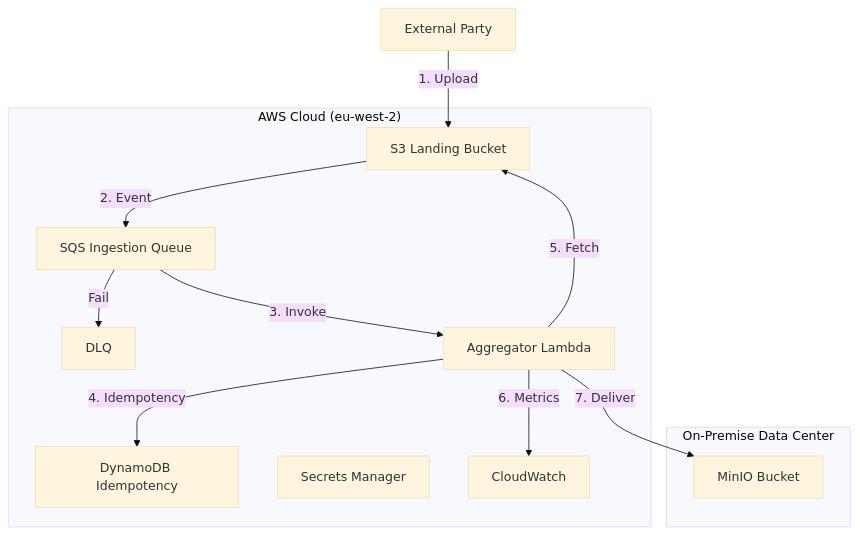
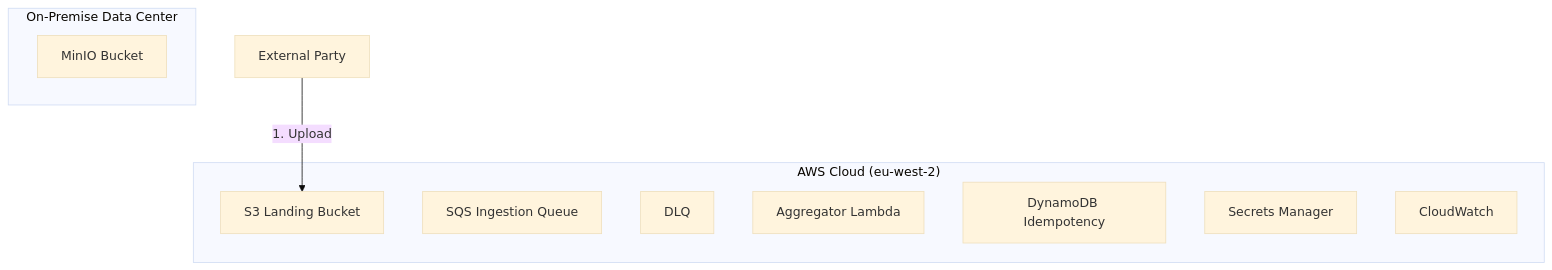
Before and after one commit to jathorp/data-agregator: the diagram in src/data_aggregator/README.md, drawn with Mermaid (base theme).

Commit message:
Added README for the lambda code

````diff
--- a/src/data_aggregator/README.md
+++ b/src/data_aggregator/README.md
@@ -11,30 +11,24 @@
 ```mermaid
 flowchart TD
   %% External party
   ExternalParty["External Party"]
 
   %% ───── On‑prem ─────
   subgraph OnPrem["On‑Premise Data Center"]
     MinIO["MinIO Bucket"]
   end
 
   %% ───── AWS ─────
   subgraph AWS["AWS Cloud (eu‑west‑2)"]
     S3["S3 Landing Bucket"]
     SQS["SQS Ingestion Queue"]
     DLQ["DLQ"]
     Lambda["Aggregator Lambda"]
     Dynamo["DynamoDB Idempotency"]
     Secrets["Secrets Manager"]
     CW["CloudWatch"]
   end
 
   ExternalParty -->|"1. Upload"| S3
-  S3            -->|"2. Event"| SQS
-  SQS           -->|"3. Invoke"| Lambda
-  Lambda        -->|"4. Idempotency"| Dynamo
-  Lambda        -->|"5. Fetch"| S3
-  Lambda        -->|"6. Metrics"| CW
-  Lambda        -->|"7. Deliver"| MinIO
-  SQS           -->|"Fail"| DLQ
+
 ```
````
